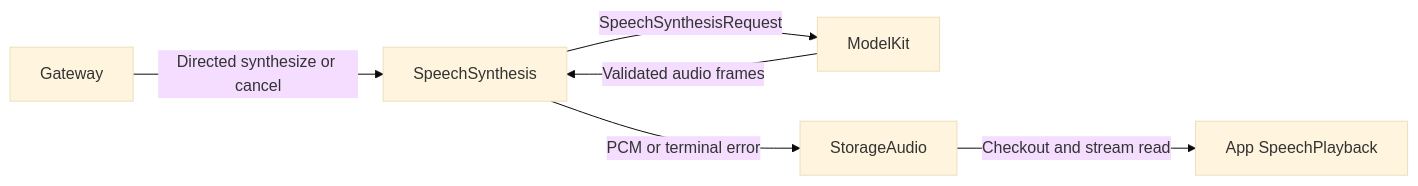
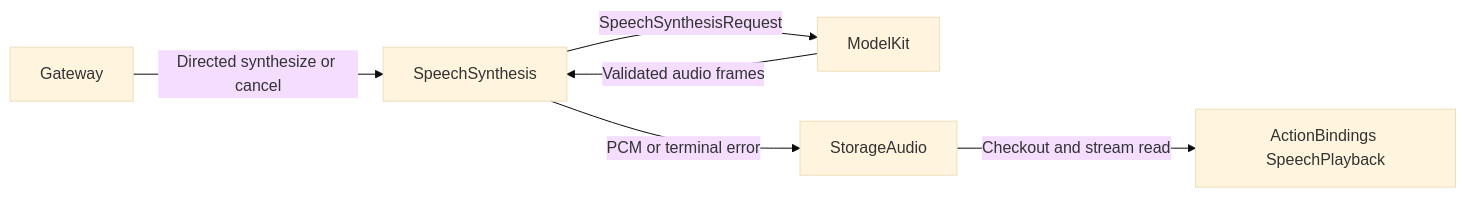
The first of 2 diagrams in MobileHarness/Agents/SpeechSynthesis/README.md (devilyouwei/MobileHarness), drawn with Mermaid (base theme) before and after one commit. The commit also changed other lines of this file and 254 other files, not shown here.

First line of the commit message:
refactor: isolate app composition and module bindings

````diff
--- a/MobileHarness/Agents/SpeechSynthesis/README.md
+++ b/MobileHarness/Agents/SpeechSynthesis/README.md
@@ -15,8 +15,8 @@
 ```mermaid
 flowchart LR
  Gateway -->|Directed synthesize or cancel| Synthesis[SpeechSynthesis]
  Synthesis -->|SpeechSynthesisRequest| ModelKit
  ModelKit -->|Validated audio frames| Synthesis
  Synthesis -->|PCM or terminal error| Storage[StorageAudio]
- Storage -->|Checkout and stream read| Playback[App SpeechPlayback]
+ Storage -->|Checkout and stream read| Playback[ActionBindings SpeechPlayback]
 ```
````
